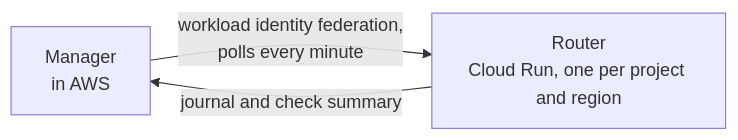
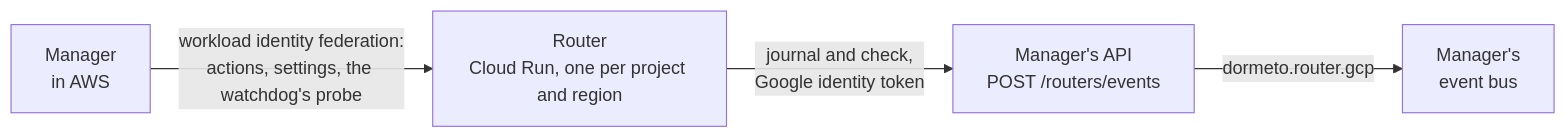
The second of 2 diagrams in README.md (Dormeto/manager), drawn with Mermaid before and after one commit. The commit also changed other lines of this file and 3 other files, not shown here.

Commit message:
docs: the Google Cloud routers report and the watchdog probes the silent ones, in the README, Operations, Organization access and the changelog, with router 0.41.0's notes

````diff
--- a/README.md
+++ b/README.md
@@ -70,5 +71,6 @@
 ```mermaid
 flowchart LR
-    manager[Manager<br>in AWS] -->|workload identity federation,<br>polls every minute| gcp[Router<br>Cloud Run, one per project and region]
-    gcp -->|journal and check summary| manager
+    gcp[Router<br>Cloud Run, one per project and region] -->|journal and check,<br>Google identity token| api[Manager's API<br>POST /routers/events]
+    api -->|dormeto.router.gcp| bus[Manager's<br>event bus]
+    manager[Manager<br>in AWS] -->|workload identity federation:<br>actions, settings, the watchdog's probe| gcp
 ```
````
